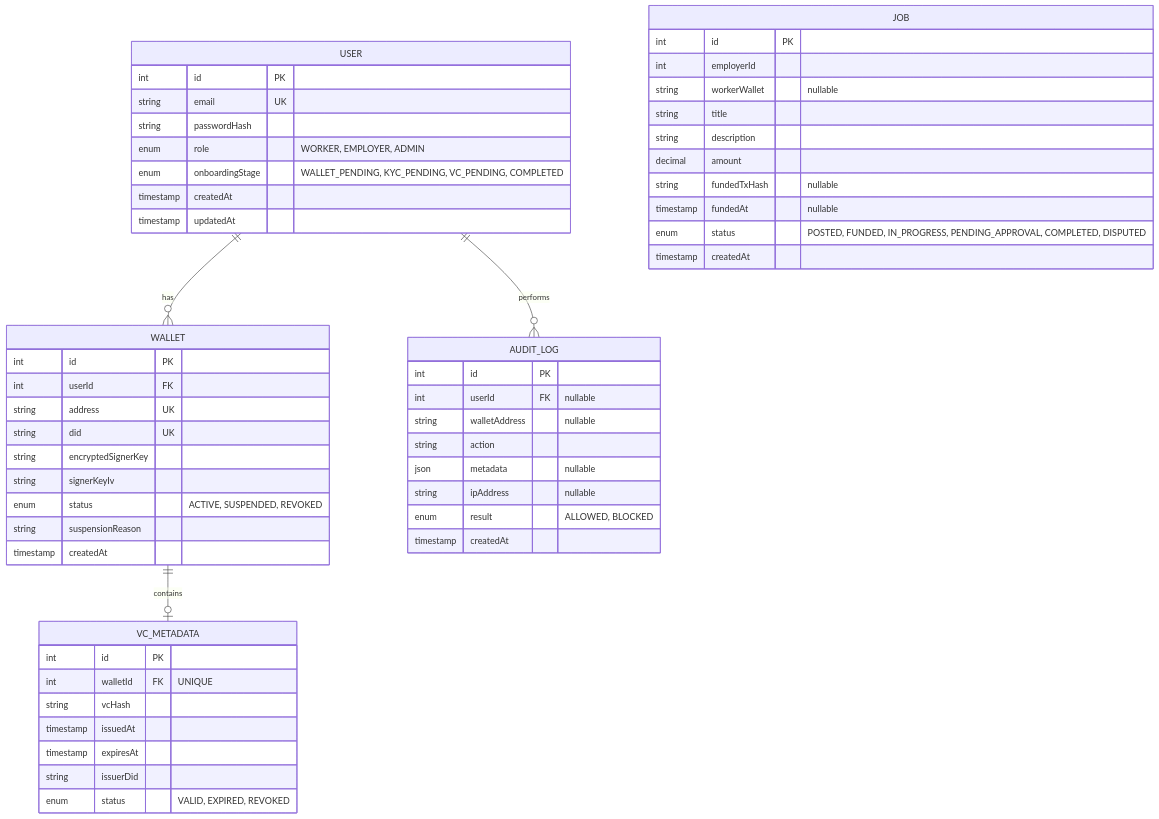
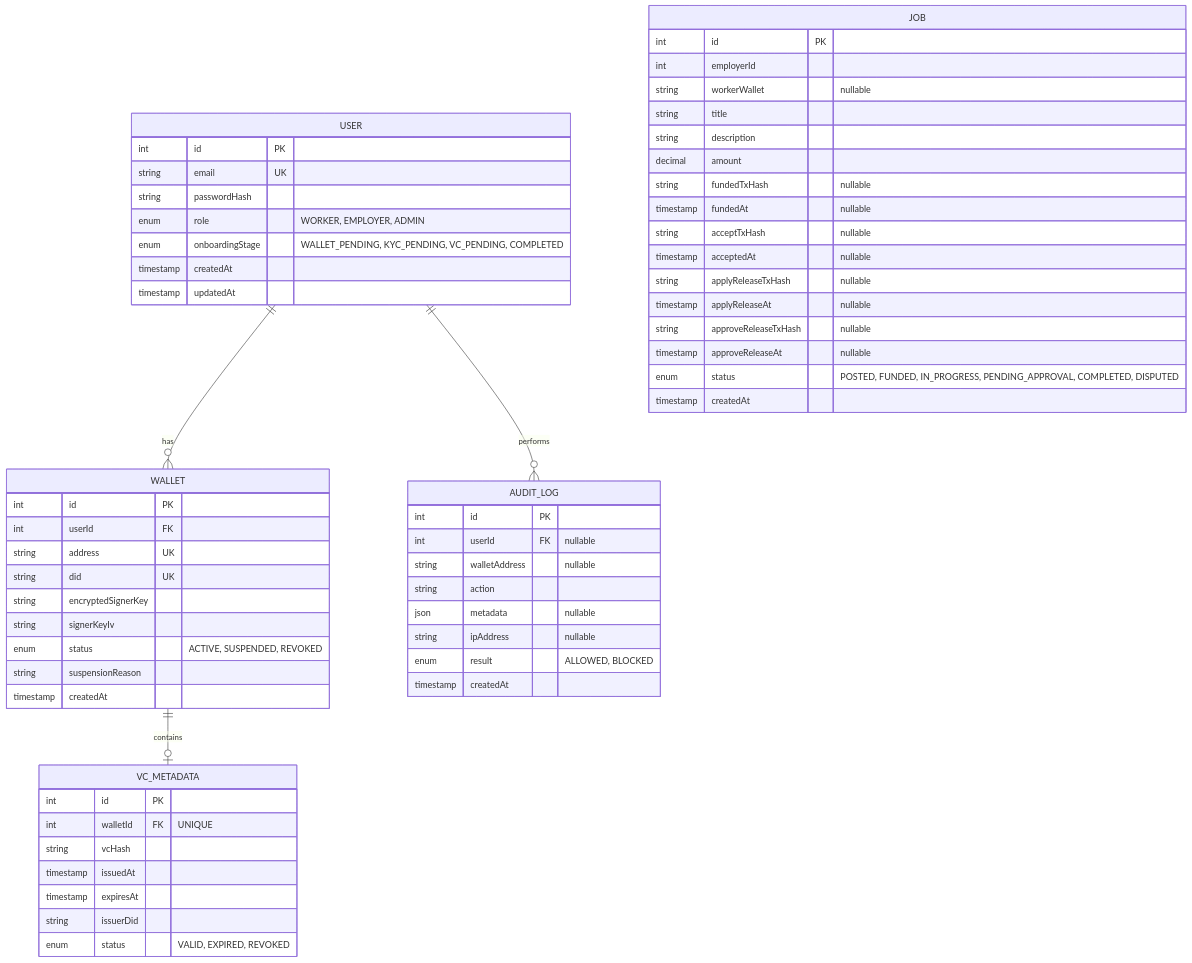
Before and after one commit to neozhixuan/fr33: the second of 3 diagrams in README.md, drawn with Mermaid.

````diff
--- a/README.md
+++ b/README.md
@@ -96,62 +96,68 @@
 ```mermaid
 erDiagram
     USER ||--o{ WALLET : has
     USER ||--o{ AUDIT_LOG : performs
     WALLET ||--o| VC_METADATA : contains
 
     USER {
         int id PK
         string email UK
         string passwordHash
         enum role "WORKER, EMPLOYER, ADMIN"
         enum onboardingStage "WALLET_PENDING, KYC_PENDING, VC_PENDING, COMPLETED"
         timestamp createdAt
         timestamp updatedAt
     }
 
     WALLET {
         int id PK
         int userId FK
         string address UK
         string did UK
         string encryptedSignerKey
         string signerKeyIv
         enum status "ACTIVE, SUSPENDED, REVOKED"
         string suspensionReason
         timestamp createdAt
     }
 
     VC_METADATA {
         int id PK
         int walletId FK "UNIQUE"
         string vcHash
         timestamp issuedAt
         timestamp expiresAt
         string issuerDid
         enum status "VALID, EXPIRED, REVOKED"
     }
 
     JOB {
         int id PK
         int employerId
         string workerWallet "nullable"
         string title
         string description
         decimal amount
         string fundedTxHash "nullable"
         timestamp fundedAt "nullable"
+        string acceptTxHash "nullable"
+        timestamp acceptedAt "nullable"
+        string applyReleaseTxHash "nullable"
+        timestamp applyReleaseAt "nullable"
+        string approveReleaseTxHash "nullable"
+        timestamp approveReleaseAt "nullable"
         enum status "POSTED, FUNDED, IN_PROGRESS, PENDING_APPROVAL, COMPLETED, DISPUTED"
         timestamp createdAt
     }
 
     AUDIT_LOG {
         int id PK
         int userId FK "nullable"
         string walletAddress "nullable"
         string action
         json metadata "nullable"
         string ipAddress "nullable"
         enum result "ALLOWED, BLOCKED"
         timestamp createdAt
     }
 ```
````
